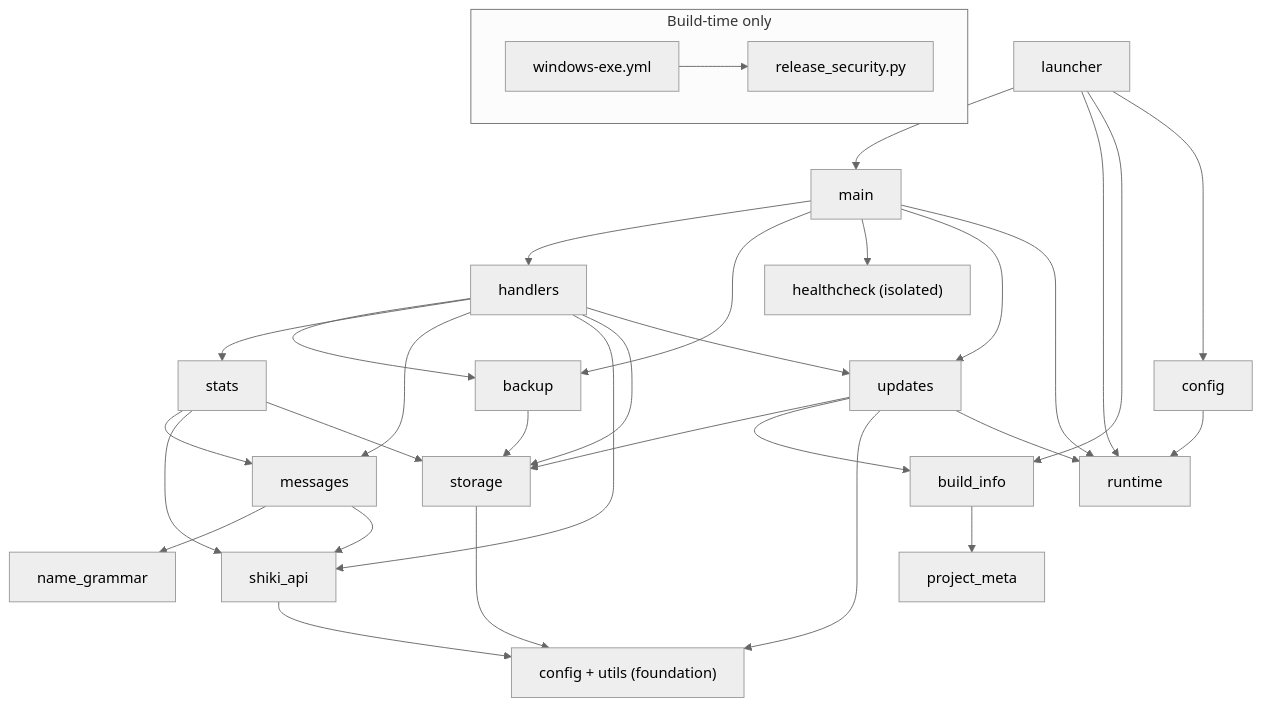
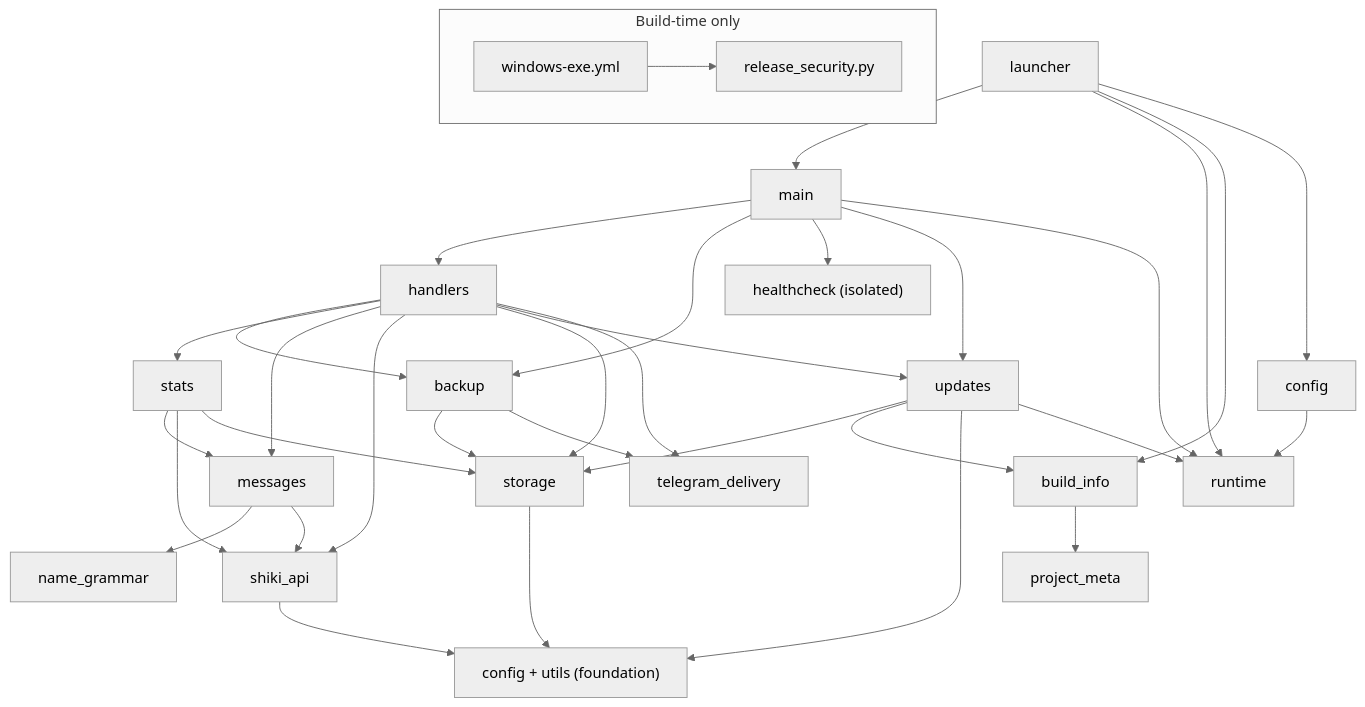
One commit to WorgaNomoR/ShikiUpdatesBot changed the diagram in AGENTS.md. Above: the diagram before and after it, drawn with Mermaid (neutral theme). The commit also changed other lines of this file and 8 other files, not shown here.

````diff
--- a/AGENTS.md
+++ b/AGENTS.md
@@ -77,36 +78,38 @@
 ```mermaid
 graph TD
     launcher --> main
     launcher --> runtime
     launcher --> build_info
     launcher --> config
     main --> handlers
     main --> backup
     main --> healthcheck
     main --> updates
     main --> runtime
     handlers --> backup
     handlers --> stats
     handlers --> messages
     handlers --> shiki_api
     handlers --> storage
     handlers --> updates
+    handlers --> telegram_delivery
     updates --> storage
     updates --> build_info
     build_info --> project_meta
     updates --> base
     updates --> runtime
     stats --> messages
     stats --> shiki_api
     stats --> storage
     messages --> name_grammar
     messages --> shiki_api
     backup --> storage
+    backup --> telegram_delivery
     storage --> base["config + utils (foundation)"]
     shiki_api --> base
     config --> runtime
     healthcheck["healthcheck (isolated)"]
     subgraph build_time["Build-time only"]
         windows_workflow["windows-exe.yml"] --> release_security["release_security.py"]
     end
 ```
````
